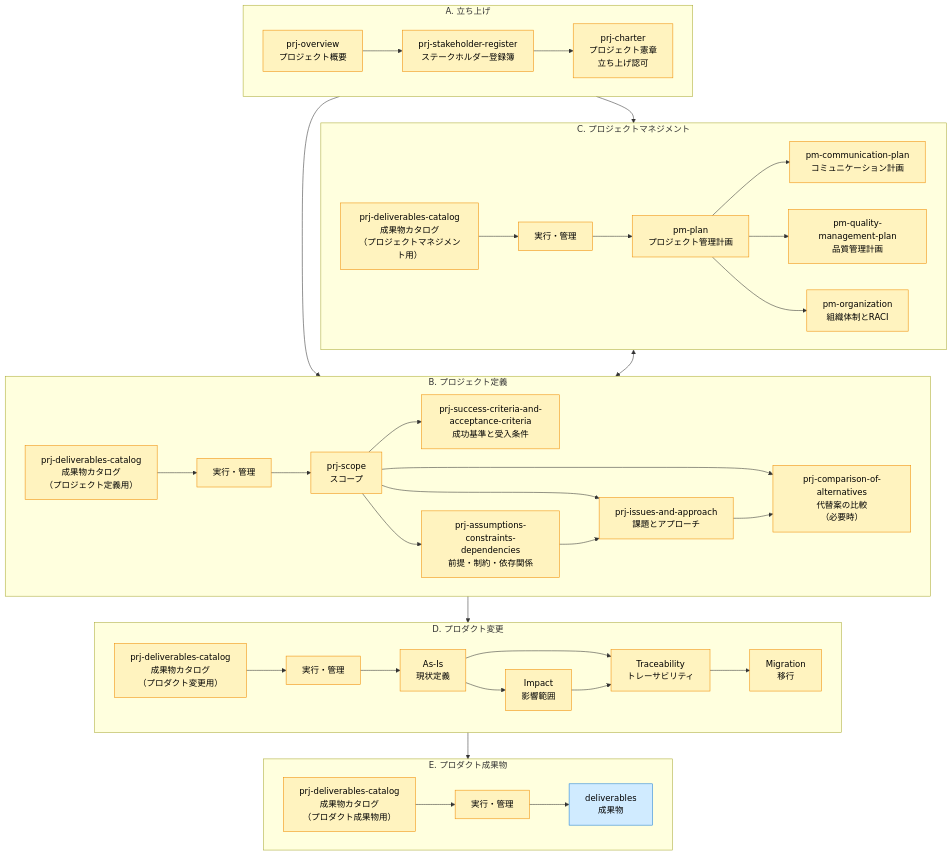
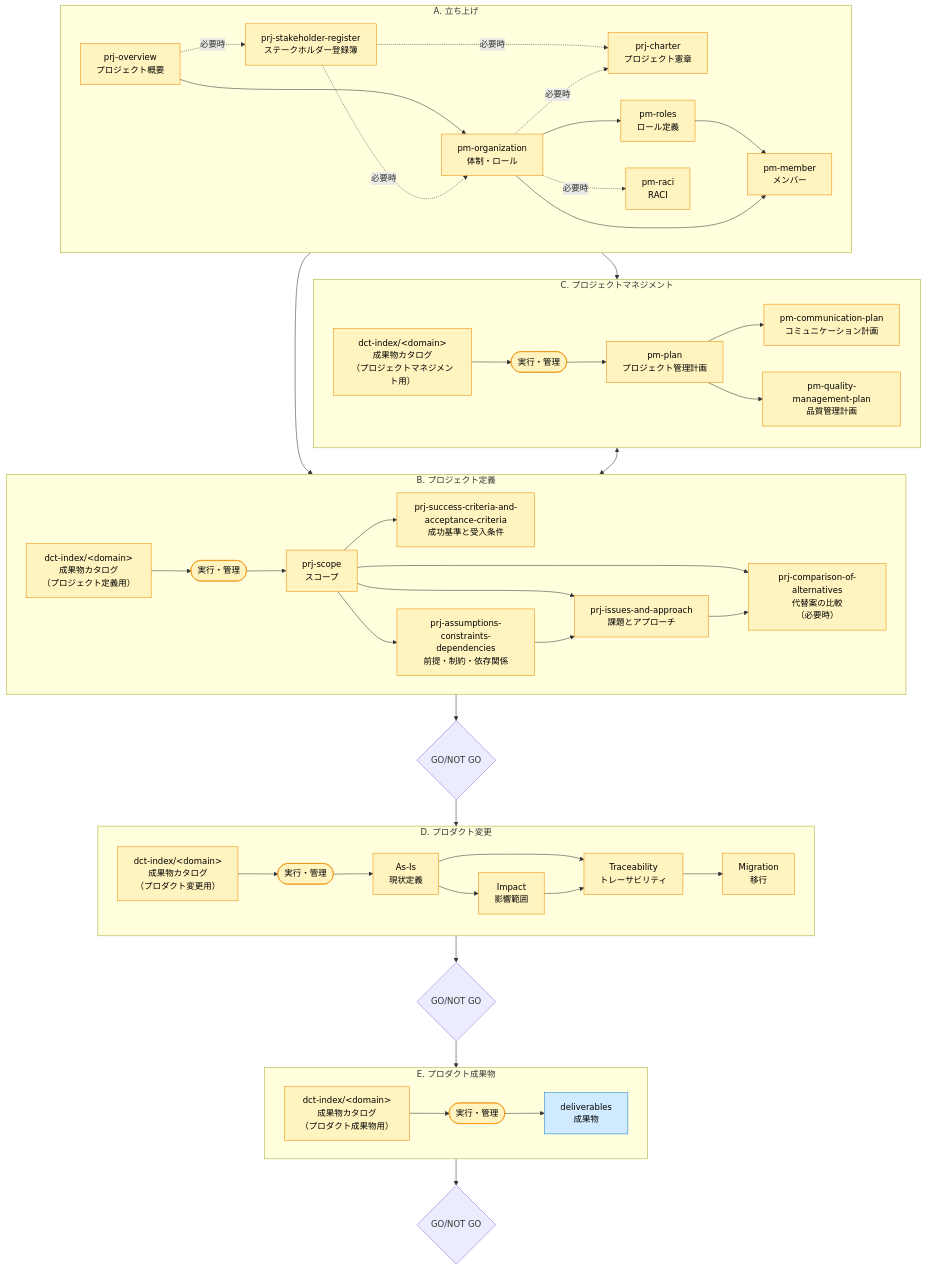
The third of 4 diagrams in docs/ja/specdojo/guidelines/docs-structure-guide.md (specdojo/specdojo-handbook), drawn with Mermaid before and after one commit. The commit also changed other lines of this file and 2 other files, not shown here.

Commit message:
docs: 図の修正

````diff
--- a/docs/ja/specdojo/guidelines/docs-structure-guide.md
+++ b/docs/ja/specdojo/guidelines/docs-structure-guide.md
@@ -316,29 +320,36 @@
   direction LR
     OV["prj-overview<br/>プロジェクト概要"]
     SR["prj-stakeholder-register<br/>ステークホルダー登録簿"]
-    CH["prj-charter<br/>プロジェクト憲章<br/>立ち上げ認可"]
-    OV --> SR --> CH
+    CH["prj-charter<br/>プロジェクト憲章"]
+    ORG["pm-organization<br/>体制・ロール"]
+    RL["pm-roles<br/>ロール定義"]
+    MEM["pm-member<br/>メンバー"]
+    RAC["pm-raci<br/>RACI"]
+    OV --> ORG
+    OV -.必要時.-> SR -.必要時.-> CH
+    ORG -.必要時.-> CH
+    SR -.必要時.-> ORG --> RL --> MEM
+    ORG --> MEM
+    ORG -.必要時.-> RAC
   end
 
 
   subgraph PM["C. プロジェクトマネジメント"]
   direction LR
-    PM_DC["prj-deliverables-catalog<br/>成果物カタログ<br/>（プロジェクトマネジメント用）"]
-    PM_EXE["実行・管理"]
+    PM_DC["dct-index/&lt;domain&gt;<br/>成果物カタログ<br/>（プロジェクトマネジメント用）"]
+    PM_EXE(["実行・管理"])
     PL["pm-plan<br/>プロジェクト管理計画"]
     CP["pm-communication-plan<br/>コミュニケーション計画"]
     QMP["pm-quality-management-plan<br/>品質管理計画"]
-    ORG["pm-organization<br/>組織体制とRACI"]
     PM_DC --> PM_EXE --> PL
     PL --> CP
     PL --> QMP
-    PL --> ORG
   end
 
   subgraph PD["B. プロジェクト定義"]
   direction LR
-    PD_DC["prj-deliverables-catalog<br/>成果物カタログ<br/>（プロジェクト定義用）"]
-    PD_EXE["実行・管理"]
+    PD_DC["dct-index/&lt;domain&gt;<br/>成果物カタログ<br/>（プロジェクト定義用）"]
+    PD_EXE(["実行・管理"])
     PS["prj-scope<br/>スコープ"]
     SC_AC["prj-success-criteria-and-acceptance-criteria<br/>成功基準と受入条件"]
     ACD["prj-assumptions-constraints-dependencies<br/>前提・制約・依存関係"]
@@ -353,10 +364,13 @@
     IA --> CA
   end
 
+  GT1{"GO/NOT GO"}
+  PD --> GT1 --> PC
+
   subgraph PC["D. プロダクト変更"]
   direction LR
-    PC_DC["prj-deliverables-catalog<br/>成果物カタログ<br/>（プロダクト変更用）"]
-    PC_EXE["実行・管理"]
+    PC_DC["dct-index/&lt;domain&gt;<br/>成果物カタログ<br/>（プロダクト変更用）"]
+    PC_EXE(["実行・管理"])
     AS_IS["As-Is<br/>現状定義"]
     IMP["Impact<br/>影響範囲"]
     TRC["Traceability<br/>トレーサビリティ"]
@@ -368,10 +382,13 @@
     TRC --> MIG
   end
 
+  GT2{"GO/NOT GO"}
+  PC --> GT2 --> DEL
+
   subgraph DEL["E. プロダクト成果物"]
   direction LR
-    DEL_DC["prj-deliverables-catalog<br/>成果物カタログ<br/>（プロダクト成果物用）"]
-    DEL_EXE["実行・管理"]
+    DEL_DC["dct-index/&lt;domain&gt;<br/>成果物カタログ<br/>（プロダクト成果物用）"]
+    DEL_EXE(["実行・管理"])
     DE["deliverables<br/>成果物"]
     DEL_DC --> DEL_EXE --> DE
   end
@@ -379,16 +396,19 @@
   INIT --> PM
   INIT --> PD
   PM <--> PD
-  PD --> PC
-  PC --> DEL
 
   classDef projectWise fill:#fff3bf,stroke:#f08c00,color:#000;
   classDef productSpec fill:#d0ebff,stroke:#1c7ed6,color:#000;
 
-  class OV,SR,CH projectWise;
-  class PM_DC,PM_EXE,PL,CP,QMP,ORG projectWise;
+  class OV,SR,CH,ORG,MEM,RAC,RL projectWise;
+  class PM_DC,PM_EXE,PL,CP,QMP projectWise;
   class PD_DC,PD_EXE,PS,SC_AC,ACD,IA,CA projectWise;
   class PC_DC,PC_EXE,AS_IS,IMP,TRC,MIG projectWise;
   class DEL_DC,DEL_EXE projectWise;
   class DE productSpec;
+
+  GT3{"GO/NOT GO"}
+  DEL --> GT3
+
+
 ```
````
